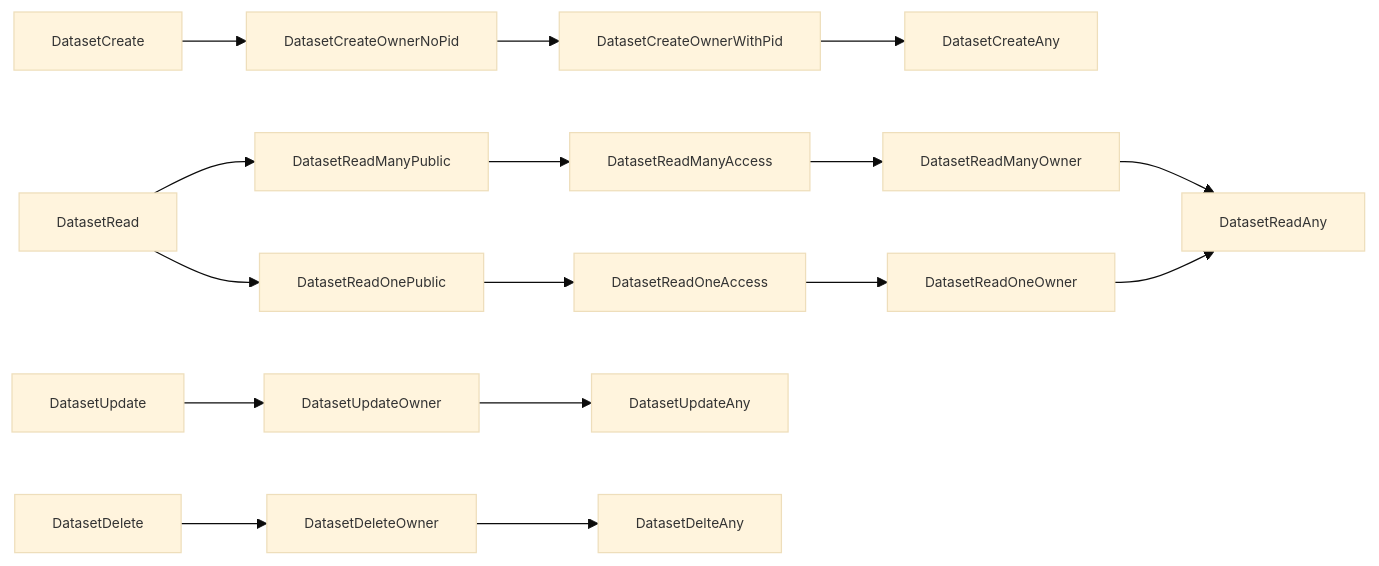
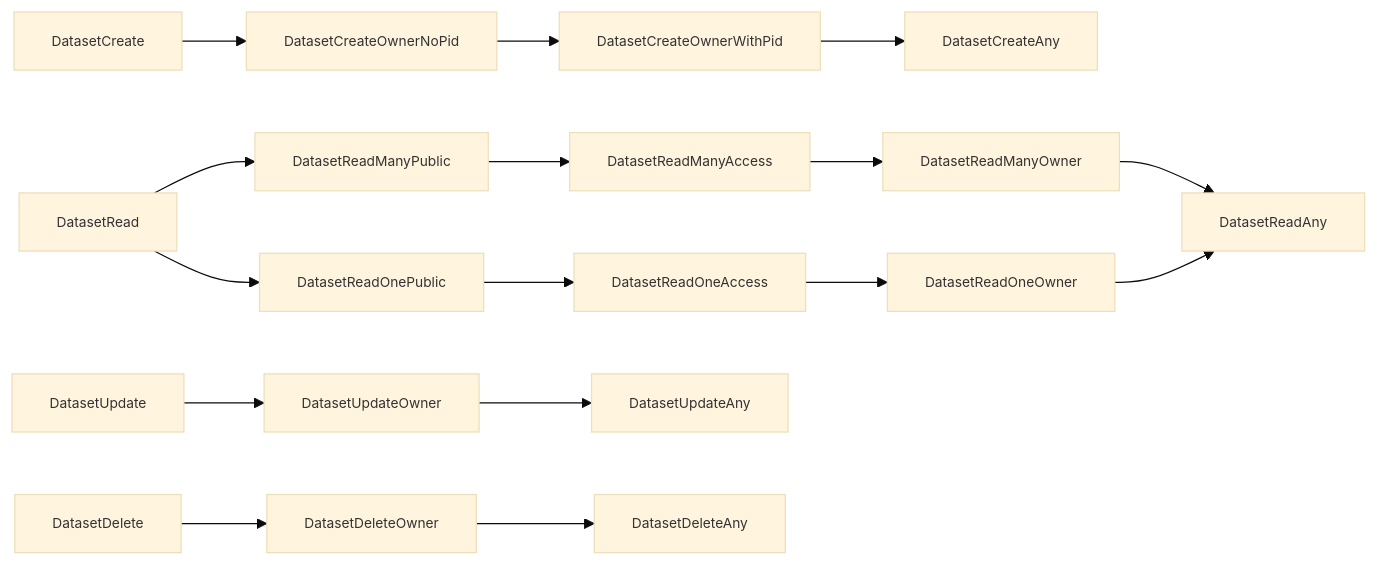
Before and after one commit to SciCatProject/documentation: the diagram in Development/v4.x/backend/authorization/authorization_datasets.md, drawn with Mermaid. The commit also changed other lines of this file, not shown here.

````diff
--- a/Development/v4.x/backend/authorization/authorization_datasets.md
+++ b/Development/v4.x/backend/authorization/authorization_datasets.md
@@ -70,19 +85,19 @@
 ```mermaid
 %%{init: {'theme' : 'base', 'themeVariables': { 'fontSize': '11px', 'fontFamily' : 'monospace'}}}%%
 graph LR;
     DatasetCreate-->DatasetCreateOwnerNoPid;
     DatasetCreateOwnerNoPid-->DatasetCreateOwnerWithPid;
     DatasetCreateOwnerWithPid-->DatasetCreateAny;
     DatasetRead-->DatasetReadManyPublic;
     DatasetReadManyPublic-->DatasetReadManyAccess;
     DatasetReadManyAccess-->DatasetReadManyOwner;
     DatasetReadManyOwner-->DatasetReadAny;
     DatasetRead-->DatasetReadOnePublic;
     DatasetReadOnePublic-->DatasetReadOneAccess;
     DatasetReadOneAccess-->DatasetReadOneOwner;
     DatasetReadOneOwner-->DatasetReadAny;
     DatasetUpdate-->DatasetUpdateOwner;
     DatasetUpdateOwner-->DatasetUpdateAny;
     DatasetDelete-->DatasetDeleteOwner;
-    DatasetDeleteOwner-->DatasetDelteAny;
+    DatasetDeleteOwner-->DatasetDeleteAny;
 ```
````
